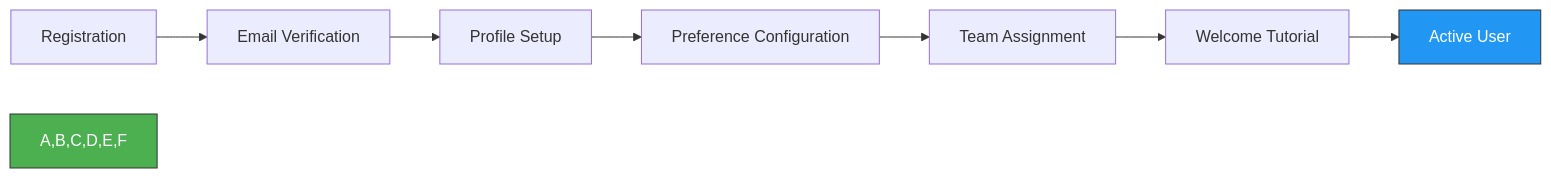
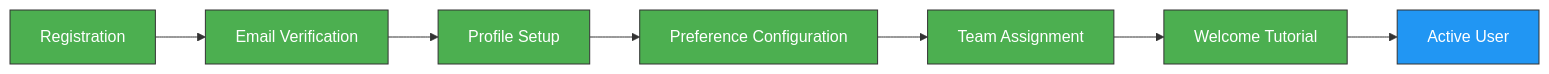
Before and after one commit to TuPhung369/Haaga_Backend_Programming: the fifth of 8 diagrams in TuPhung_Docs/docs/backend/user-management.md, drawn with Mermaid. The commit also changed other lines of this file and 25 other files, not shown here.

````diff
--- a/TuPhung_Docs/docs/backend/user-management.md
+++ b/TuPhung_Docs/docs/backend/user-management.md
@@ -217,12 +222,15 @@
 ```mermaid
 flowchart LR
     A[Registration] --> B[Email Verification]
     B --> C[Profile Setup]
     C --> D[Preference Configuration]
     D --> E[Team Assignment]
     E --> F[Welcome Tutorial]
     F --> G[Active User]
     
-    style A,B,C,D,E,F fill:#4CAF50,stroke:#333,stroke-width:1px,color:#fff
-    style G fill:#2196F3,stroke:#333,stroke-width:1px,color:#fff
+    classDef onboardingSteps fill:#4CAF50,stroke:#333,stroke-width:1px,color:#fff
+    classDef finalState fill:#2196F3,stroke:#333,stroke-width:1px,color:#fff
+    
+    class A,B,C,D,E,F onboardingSteps
+    class G finalState
 ```
````
